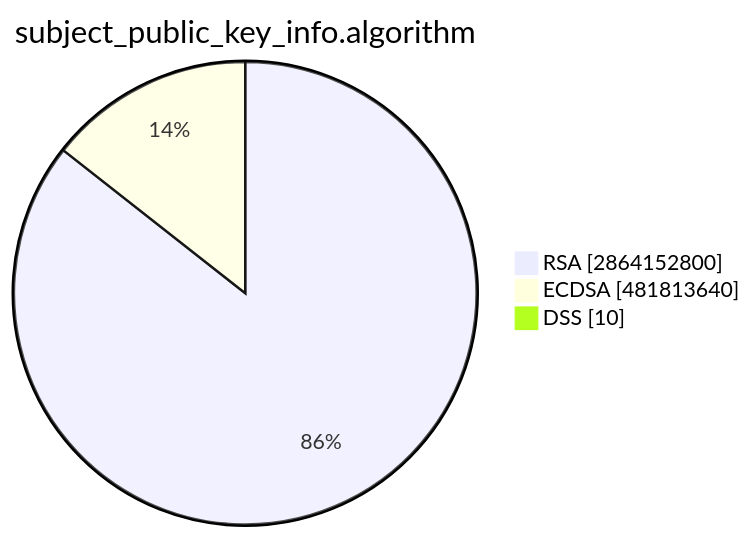
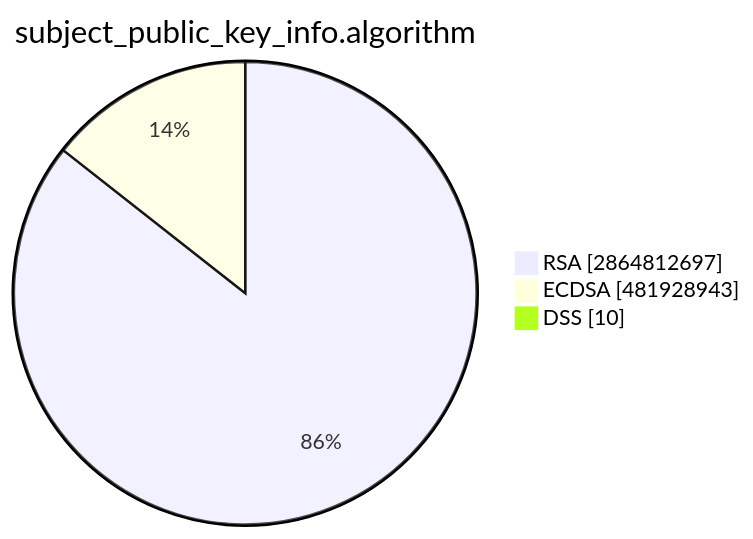
Before and after one commit to christiankrug/ctmonitor_visualization: the second of 15 diagrams in TOTAL/README.md, drawn with Mermaid. The commit also changed other lines of this file, not shown here.

````diff
--- a/TOTAL/README.md
+++ b/TOTAL/README.md
@@ -6,7 +6,7 @@
 ```mermaid
 pie showData
 title subject_public_key_info.algorithm
-"RSA" :2864152800
-"ECDSA" :481813640
+"RSA" :2864812697
+"ECDSA" :481928943
 "DSS" :10
 ```
````
